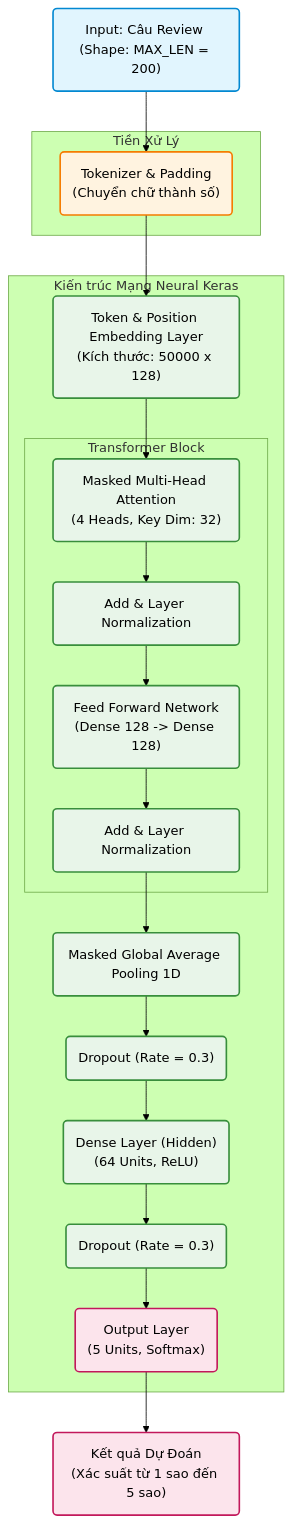
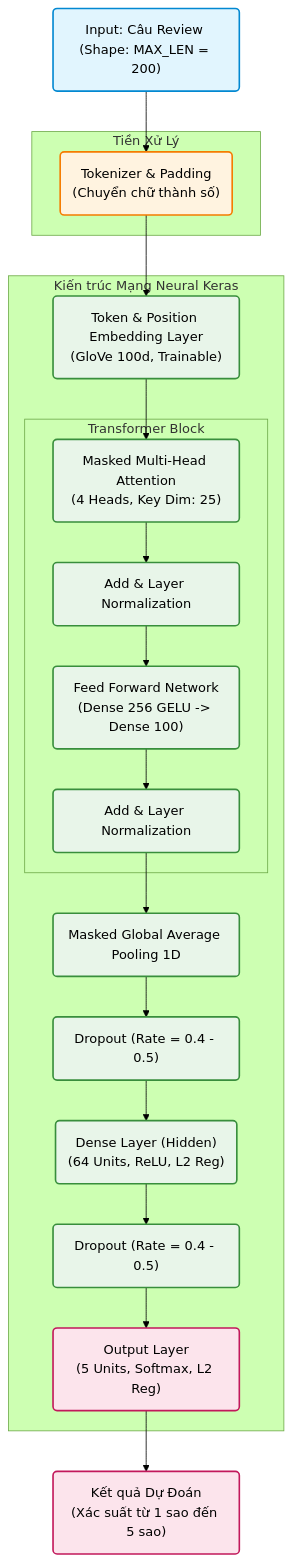
Before and after one commit to nguyenphongg233/BiLSTMnAttention-For-Sentiment-Analysis: the diagram in Transformer/Transformer_Architecture.md, drawn with Mermaid (forest theme). The commit also changed other lines of this file and 14 other files, not shown here.

Commit message:
feat: export model training logs, classification reports, and saved models for RNN, Transformer, and BiLSTM architectures.

````diff
--- a/Transformer/Transformer_Architecture.md
+++ b/Transformer/Transformer_Architecture.md
@@ -5,56 +5,56 @@
 ```mermaid
 graph TD
     %% Định nghĩa các Style để biểu đồ đẹp hơn
     classDef input fill:#e1f5fe,stroke:#0288d1,stroke-width:2px,color:#000
     classDef processing fill:#fff3e0,stroke:#f57c00,stroke-width:2px,color:#000
     classDef core fill:#e8f5e9,stroke:#388e3c,stroke-width:2px,color:#000
     classDef output fill:#fce4ec,stroke:#c2185b,stroke-width:2px,color:#000
 
     %% Các khối chính
     A("Input: Câu Review <br>(Shape: MAX_LEN = 200)")
     
     subgraph tien_xu_ly [Tiền Xử Lý]
         B("Tokenizer & Padding<br>(Chuyển chữ thành số)")
     end
     
     subgraph neural_network [Kiến trúc Mạng Neural Keras]
-        C("Token & Position Embedding Layer<br>(Kích thước: 50000 x 128)")
+        C("Token & Position Embedding Layer<br>(GloVe 100d, Trainable)")
         
         subgraph transformer_block [Transformer Block]
-            D("Masked Multi-Head Attention<br>(4 Heads, Key Dim: 32)")
+            D("Masked Multi-Head Attention<br>(4 Heads, Key Dim: 25)")
             E("Add & Layer Normalization")
-            F("Feed Forward Network<br>(Dense 128 -> Dense 128)")
+            F("Feed Forward Network<br>(Dense 256 GELU -> Dense 100)")
             G("Add & Layer Normalization")
         end
         
         H("Masked Global Average Pooling 1D")
-        Drop1("Dropout (Rate = 0.3)")
+        Drop1("Dropout (Rate = 0.4 - 0.5)")
         
-        I("Dense Layer (Hidden)<br>(64 Units, ReLU)")
-        Drop2("Dropout (Rate = 0.3)")
+        I("Dense Layer (Hidden)<br>(64 Units, ReLU, L2 Reg)")
+        Drop2("Dropout (Rate = 0.4 - 0.5)")
         
-        J("Output Layer<br>(5 Units, Softmax)")
+        J("Output Layer<br>(5 Units, Softmax, L2 Reg)")
     end
     
     K("Kết quả Dự Đoán<br>(Xác suất từ 1 sao đến 5 sao)")
 
     %% Luồng dữ liệu
     A --> B
     B --> C
     C --> D
     D --> E
     E --> F
     F --> G
     G --> H
     H --> Drop1
     Drop1 --> I
     I --> Drop2
     Drop2 --> J
     J --> K
 
     %% Gán Style
     class A input
     class B processing
     class C,D,E,F,G,H,Drop1,I,Drop2 core
     class J,K output
 ```
````
